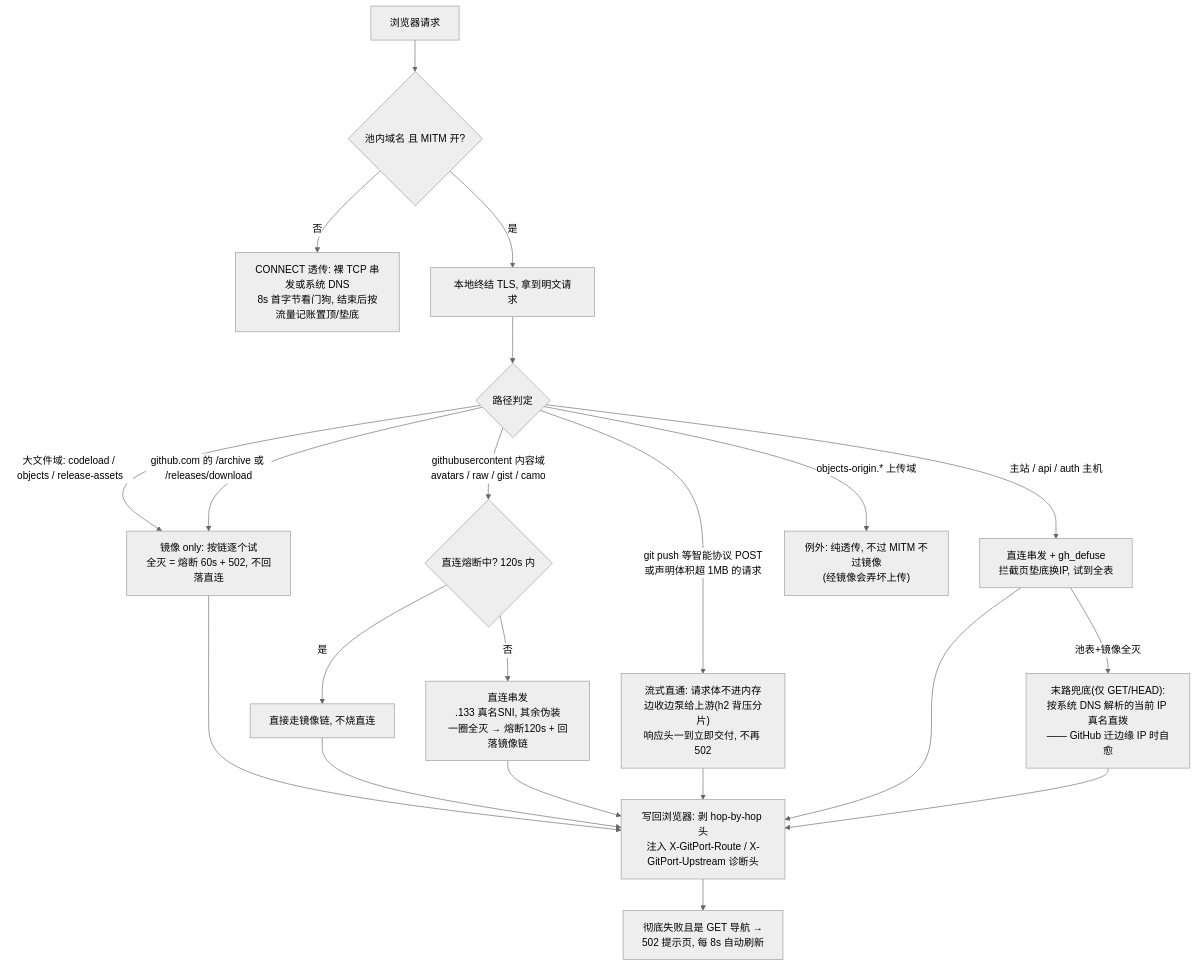
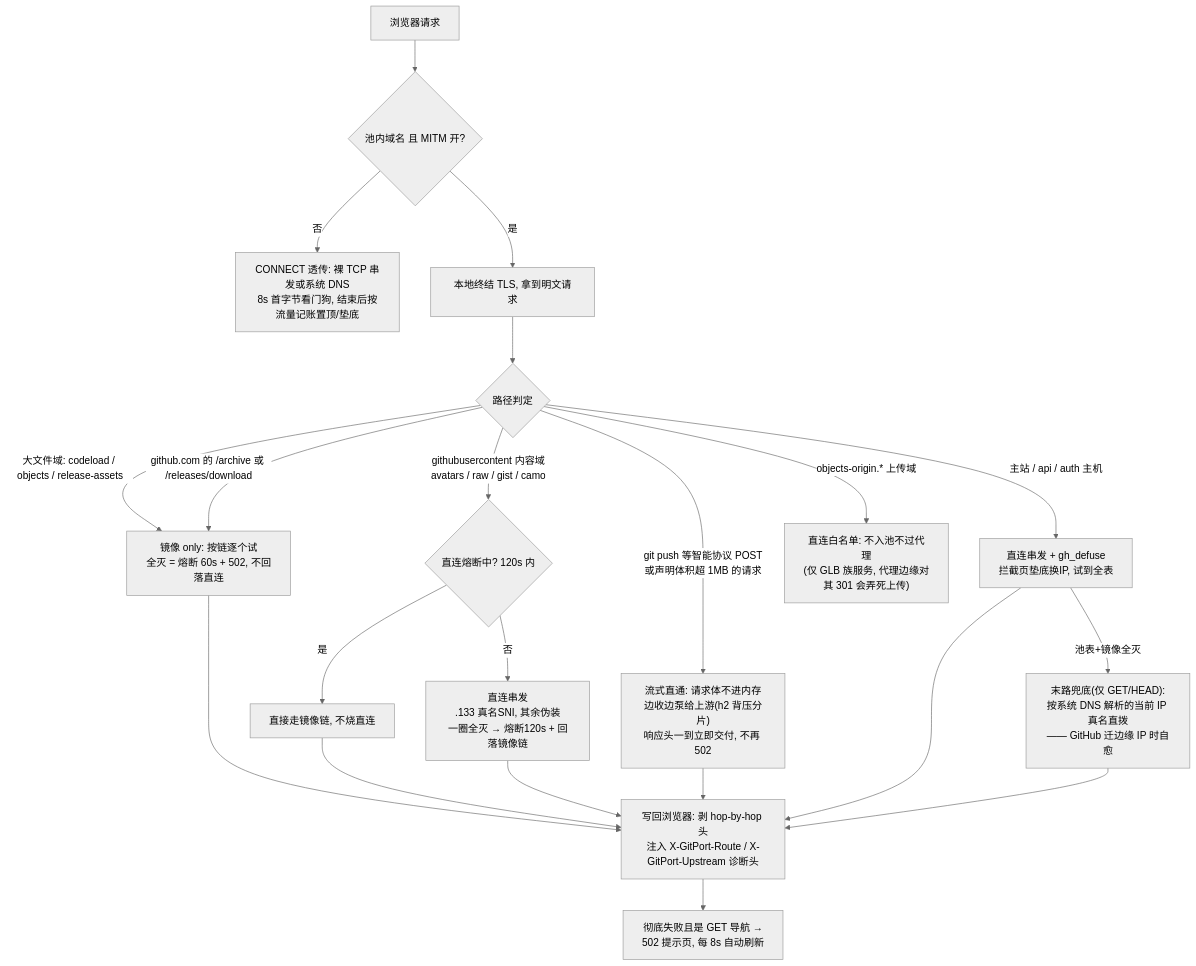
Before and after one commit to zhidian-cmd/gitport-github: the second of 4 diagrams in README.md, drawn with Mermaid (neutral theme). The commit also changed other lines of this file and 11 other files, not shown here.

First line of the commit message:
fix: 网页上传全链路修复 + 上线前加固 —— objects-origin 直连白名单, 镜像凭据/XSS/ACL 收口, rustls 0.23.46

````diff
--- a/README.md
+++ b/README.md
@@ -123,23 +124,23 @@
 ```mermaid
 flowchart TD
     A["浏览器请求"] --> B{"池内域名 且 MITM 开?"}
     B -->|"否"| Z1["CONNECT 透传: 裸 TCP 串发或系统 DNS<br/>8s 首字节看门狗, 结束后按流量记账置顶/垫底"]
     B -->|"是"| C["本地终结 TLS, 拿到明文请求"]
     C --> D{"路径判定"}
     D -->|"git push 等智能协议 POST<br/>或声明体积超 1MB 的请求"| S["流式直通: 请求体不进内存<br/>边收边泵给上游(h2 背压分片)<br/>响应头一到立即交付, 不再 502"]
     D -->|"大文件域: codeload / objects / release-assets"| E["镜像 only: 按链逐个试<br/>全灭 = 熔断 60s + 502, 不回落直连"]
     D -->|"github.com 的 /archive 或 /releases/download"| E
     D -->|"githubusercontent 内容域<br/>avatars / raw / gist / camo"| F{"直连熔断中? 120s 内"}
     F -->|"是"| E2["直接走镜像链, 不烧直连"]
     F -->|"否"| G["直连串发<br/>.133 真名SNI, 其余伪装<br/>一圈全灭 → 熔断120s + 回落镜像链"]
     D -->|"主站 / api / auth 主机"| H["直连串发 + gh_defuse<br/>拦截页垫底换IP, 试到全表"]
-    D -->|"objects-origin.* 上传域"| Z2["例外: 纯透传, 不过 MITM 不过镜像<br/>(经镜像会弄坏上传)"]
+    D -->|"objects-origin.* 上传域"| Z2["直连白名单: 不入池不过代理<br/>(仅 GLB 族服务, 代理边缘对其 301 会弄死上传)"]
     E --> R["写回浏览器: 剥 hop-by-hop 头<br/>注入 X-GitPort-Route / X-GitPort-Upstream 诊断头"]
     E2 --> R
     G --> R
     S --> R
     H -->|"池表+镜像全灭"| Z3["末路兜底(仅 GET/HEAD):<br/>按系统 DNS 解析的当前 IP 真名直拨<br/>—— GitHub 迁边缘 IP 时自愈"]
     H --> R
     Z3 --> R
     R --> X["彻底失败且是 GET 导航 →<br/>502 提示页, 每 8s 自动刷新"]
 ```
````
